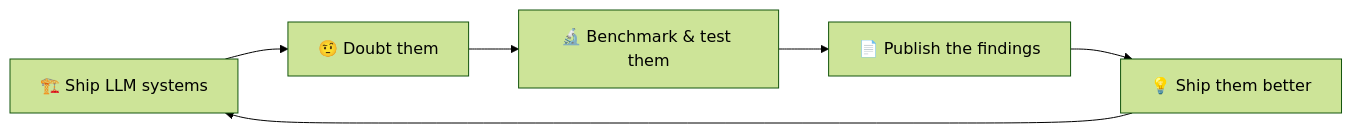
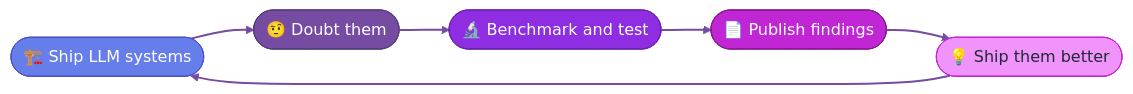
The diagram in README.md (mmohajer9/mmohajer9), drawn with Mermaid (forest theme) before and after one commit. The commit also changed other lines of this file, not shown here.

Commit message:
Fix broken header/typing images, move badges to top, colorize diagram, expand stack section

````diff
--- a/README.md
+++ b/README.md
@@ -30,8 +34,14 @@
 ```mermaid
-graph LR
-    A["🏗️ Ship LLM systems"] --> B["🤨 Doubt them"]
-    B --> C["🔬 Benchmark & test them"]
-    C --> D["📄 Publish the findings"]
-    D --> E["💡 Ship them better"]
+flowchart LR
+    A(["🏗️ Ship LLM systems"]) --> B(["🤨 Doubt them"])
+    B --> C(["🔬 Benchmark and test"])
+    C --> D(["📄 Publish findings"])
+    D --> E(["💡 Ship them better"])
     E --> A
+    style A fill:#667eea,stroke:#4c51bf,color:#ffffff
+    style B fill:#764ba2,stroke:#553c7b,color:#ffffff
+    style C fill:#8e2de2,stroke:#6b21a8,color:#ffffff
+    style D fill:#c026d3,stroke:#86198f,color:#ffffff
+    style E fill:#f093fb,stroke:#c026d3,color:#1f2937
+    linkStyle default stroke:#764ba2,stroke-width:2px
 ```
````
